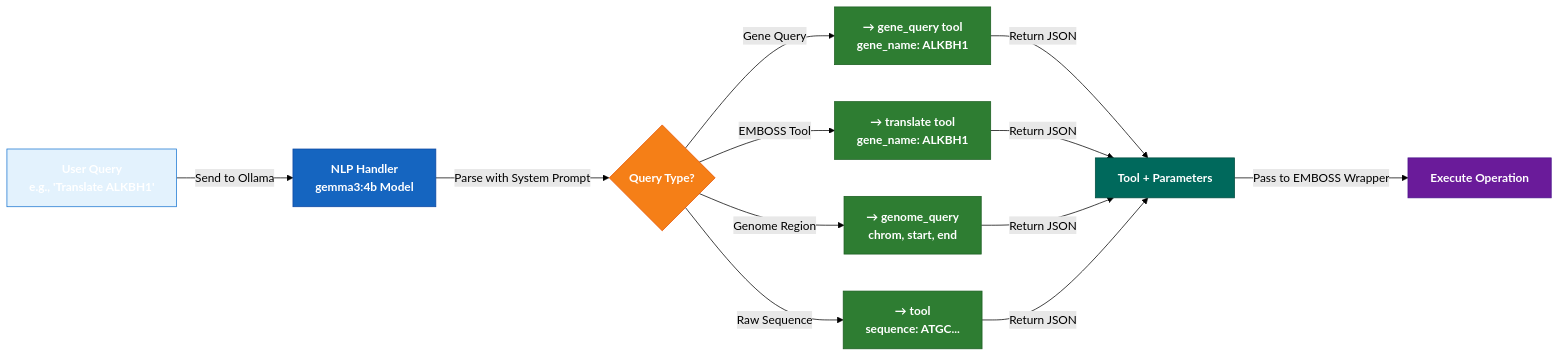
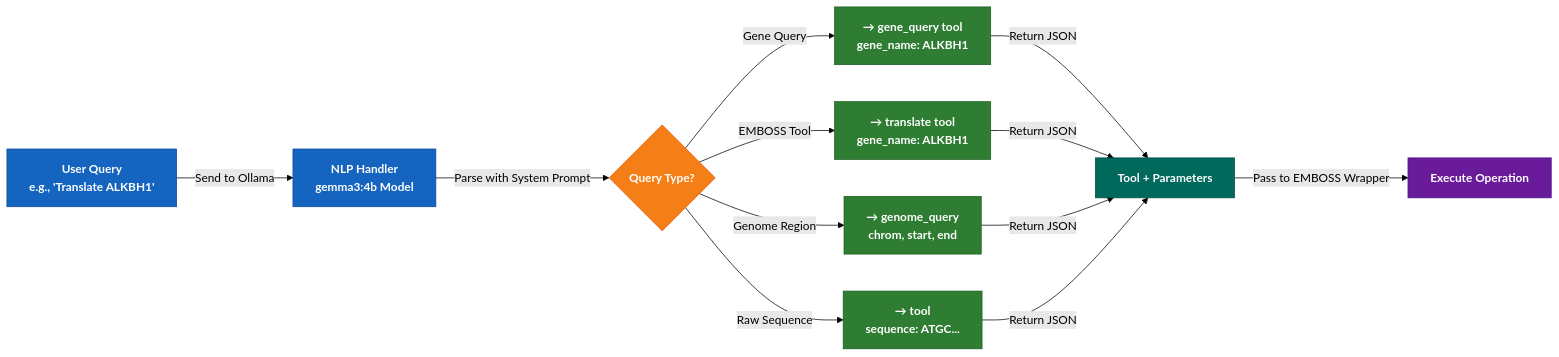
One commit to caagendaz/BME110-final changed the second of 9 diagrams in ARCHITECTURE.md. Above: the diagram before and after it, drawn with Mermaid (forest theme). The commit also changed other lines of this file, not shown here.

First line of the commit message:
Improve diagram layouts and contrast

````diff
--- a/ARCHITECTURE.md
+++ b/ARCHITECTURE.md
@@ -60,28 +60,28 @@
 ```mermaid
 graph LR
     A["User Query<br/>e.g., 'Translate ALKBH1'"] -->|Send to Ollama| B["NLP Handler<br/>gemma3:4b Model"]
     
     B -->|Parse with System Prompt| C{Query Type?}
     
     C -->|Gene Query| D["→ gene_query tool<br/>gene_name: ALKBH1"]
     C -->|EMBOSS Tool| E["→ translate tool<br/>gene_name: ALKBH1"]
     C -->|Genome Region| F["→ genome_query<br/>chrom, start, end"]
     C -->|Raw Sequence| G["→ tool<br/>sequence: ATGC..."]
     
     D -->|Return JSON| H["Tool + Parameters"]
     E -->|Return JSON| H
     F -->|Return JSON| H
     G -->|Return JSON| H
     
     H -->|Pass to EMBOSS Wrapper| I["Execute Operation"]
     
-    style A fill:#e3f2fd,stroke:#1976d2,color:#ffffff,font-weight:bold
+    style A fill:#1565c0,stroke:#0d47a1,color:#ffffff,font-weight:bold
     style B fill:#1565c0,stroke:#0d47a1,color:#ffffff,font-weight:bold
     style C fill:#f57f17,stroke:#e65100,color:#ffffff,font-weight:bold
     style D fill:#2e7d32,stroke:#1b5e20,color:#ffffff,font-weight:bold
     style E fill:#2e7d32,stroke:#1b5e20,color:#ffffff,font-weight:bold
     style F fill:#2e7d32,stroke:#1b5e20,color:#ffffff,font-weight:bold
     style G fill:#2e7d32,stroke:#1b5e20,color:#ffffff,font-weight:bold
     style H fill:#00695c,stroke:#004d40,color:#ffffff,font-weight:bold
     style I fill:#6a1b9a,stroke:#4a148c,color:#ffffff,font-weight:bold
 ```
````
